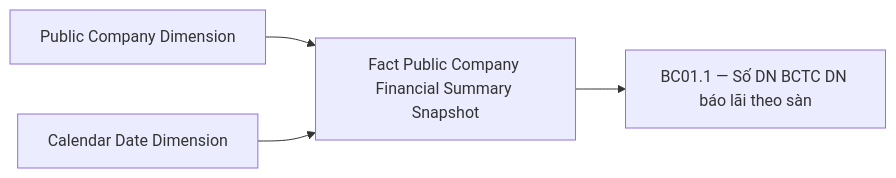
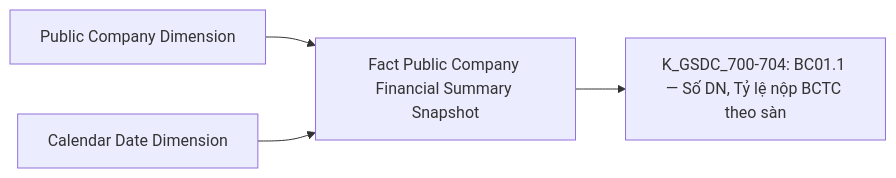
Diagram 14 of 15 in Datamart/hld/DTM_GSDC_HLD.md (linhlvit/ubck_atomic_design), drawn with Mermaid before and after one commit. The commit also changed other lines of this file and 24 other files, not shown here.

````diff
--- a/Datamart/hld/DTM_GSDC_HLD.md
+++ b/Datamart/hld/DTM_GSDC_HLD.md
@@ -1608,6 +2078,6 @@
 ```mermaid
 flowchart LR
-    fct_pblc_co_fnc_sumry_snpst["Fact Public Company Financial Summary Snapshot"] --> R40["BC01.1 — Số DN BCTC DN báo lãi theo sàn"]
+    fct_pblc_co_fnc_sumry_snpst["Fact Public Company Financial Summary Snapshot"] --> R40["K_GSDC_700-704: BC01.1 — Số DN, Tỷ lệ nộp BCTC theo sàn"]
     pblc_co_dim["Public Company Dimension"] --> fct_pblc_co_fnc_sumry_snpst
     cdr_dt_dim["Calendar Date Dimension"] --> fct_pblc_co_fnc_sumry_snpst
 ```
````
